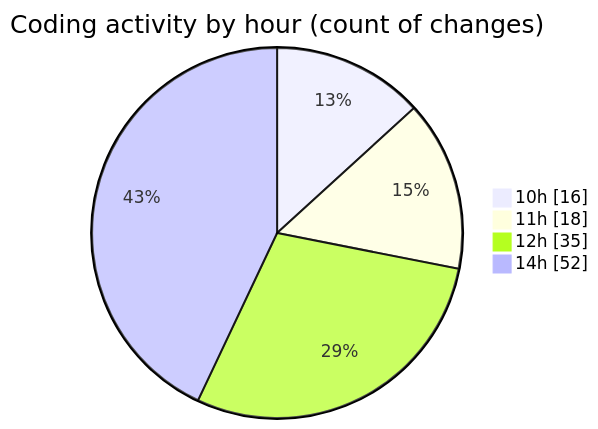
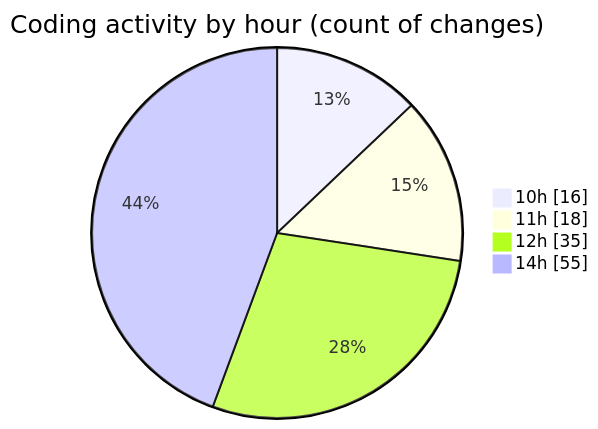
Before and after one commit to momahboobian/code-tracking: the second of 2 diagrams in 2026-05-06/cda/README.md, drawn with Mermaid. The commit also changed other lines of this file and 1 other file, not shown here.

````diff
--- a/2026-05-06/cda/README.md
+++ b/2026-05-06/cda/README.md
@@ -94,8 +95,8 @@
 ```mermaid
 pie showData
 title Coding activity by hour (count of changes)
 "10h" : 16
 "11h" : 18
 "12h" : 35
-"14h" : 52
+"14h" : 55
 ```
````
